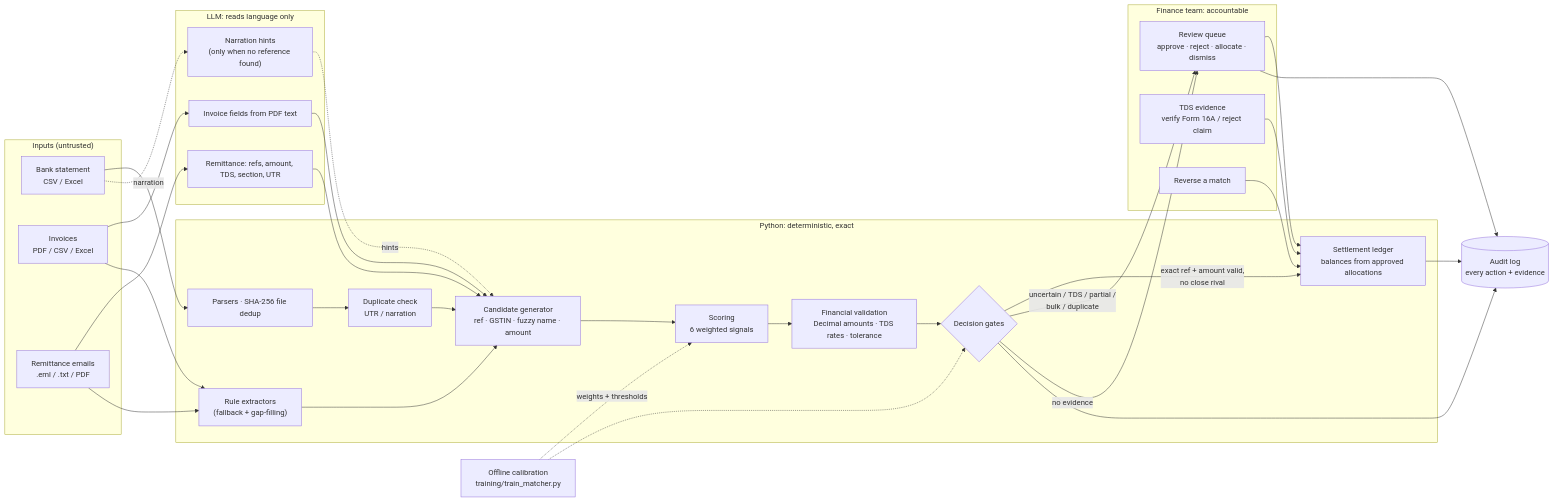
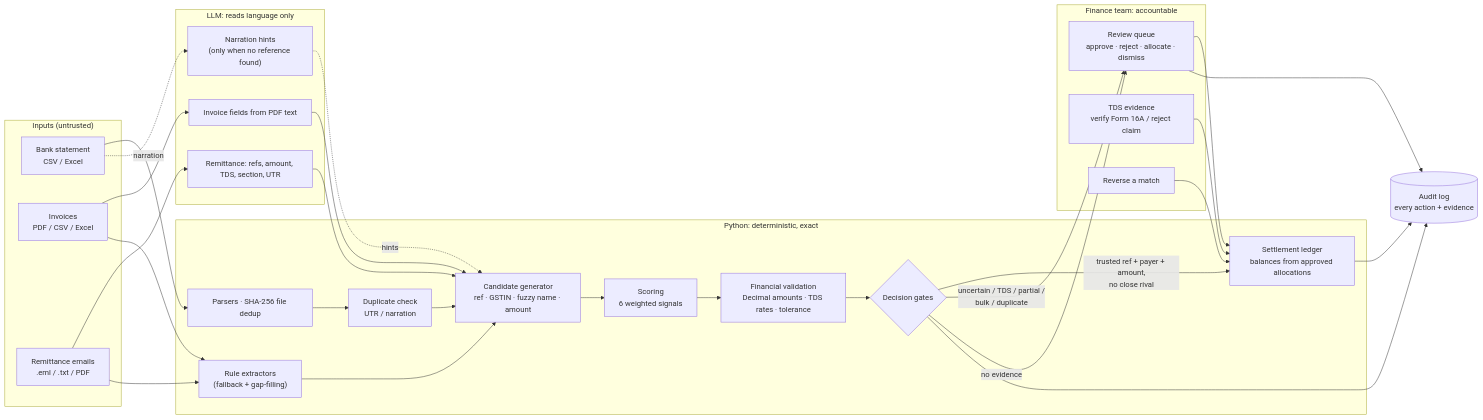
One commit to goradev20510-lang/GrowAI changed the diagram in ReconcileAI/docs/ARCHITECTURE.md. Above: the diagram before and after it, drawn with Mermaid. The commit also changed other lines of this file and 85 other files, not shown here.

````diff
--- a/ReconcileAI/docs/ARCHITECTURE.md
+++ b/ReconcileAI/docs/ARCHITECTURE.md
@@ -7,51 +7,48 @@
 ```mermaid
 flowchart LR
     subgraph IN["Inputs (untrusted)"]
         BS["Bank statement<br/>CSV / Excel"]
         INV["Invoices<br/>PDF / CSV / Excel"]
         REM["Remittance emails<br/>.eml / .txt / PDF"]
     end
 
     subgraph AI["LLM: reads language only"]
         X1["Invoice fields from PDF text"]
         X2["Remittance: refs, amount, TDS, section, UTR"]
         X3["Narration hints<br/>(only when no reference found)"]
     end
 
     subgraph RULES["Python: deterministic, exact"]
         R0["Rule extractors<br/>(fallback + gap-filling)"]
         P["Parsers · SHA-256 file dedup"]
         D["Duplicate check<br/>UTR / narration"]
         C["Candidate generator<br/>ref · GSTIN · fuzzy name · amount"]
         S["Scoring<br/>6 weighted signals"]
         V["Financial validation<br/>Decimal amounts · TDS rates · tolerance"]
         G{"Decision gates"}
         L["Settlement ledger<br/>balances from approved allocations"]
     end
 
     subgraph HUM["Finance team: accountable"]
         H1["Review queue<br/>approve · reject · allocate · dismiss"]
         H2["TDS evidence<br/>verify Form 16A / reject claim"]
         H3["Reverse a match"]
     end
 
-    T["Offline calibration<br/>training/train_matcher.py"] -.weights + thresholds.-> S
-    T -.-> G
-
     BS --> P --> D --> C
     INV --> X1 --> C
     INV --> R0
     REM --> X2 --> C
     REM --> R0 --> C
     BS -.narration.-> X3 -.hints.-> C
     C --> S --> V --> G
-    G -- "exact ref + amount valid,<br/>no close rival" --> L
+    G -- "trusted ref + payer + amount,<br/>no close rival" --> L
     G -- "uncertain / TDS / partial /<br/>bulk / duplicate" --> H1
     G -- "no evidence" --> H1
     H1 --> L
     H2 --> L
     H3 --> L
     L --> AUD[("Audit log<br/>every action + evidence")]
     G --> AUD
     H1 --> AUD
 ```
````
